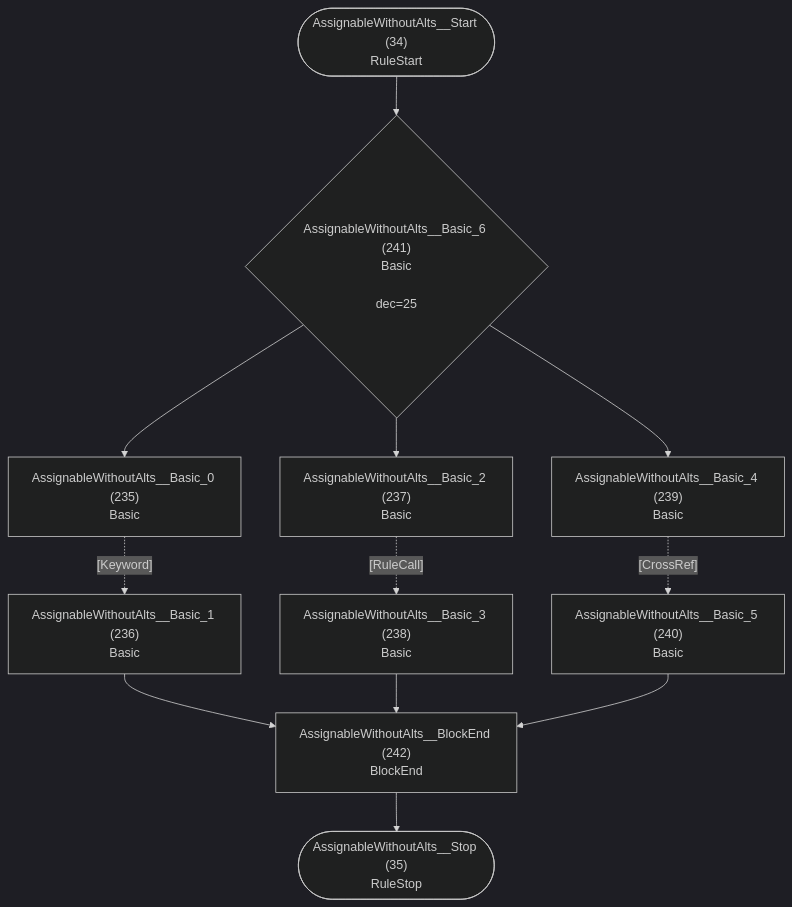
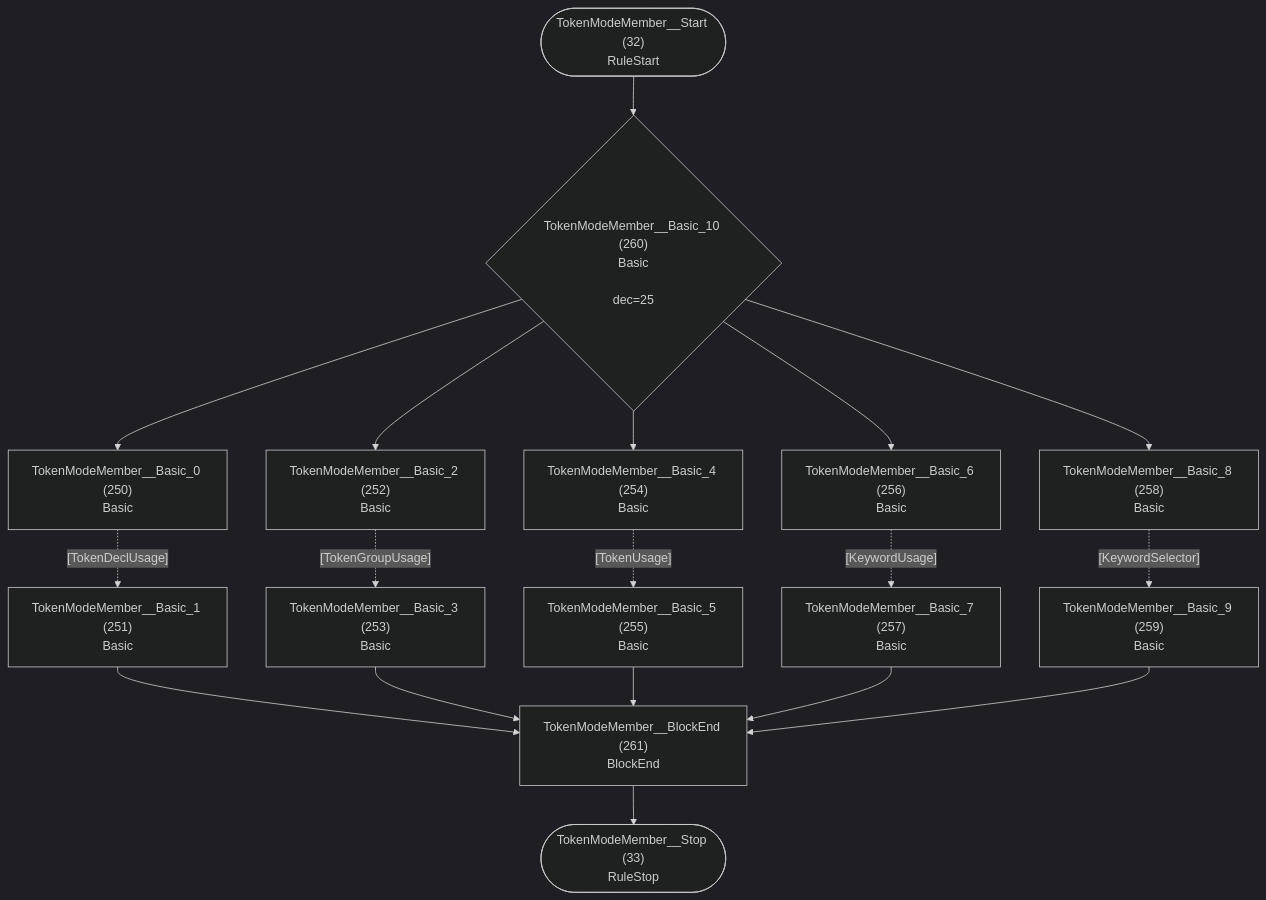
One commit to TypeFox/fastbelt changed diagram 17 of 40 in internal/grammar/atn.md. Above: the diagram before and after it, drawn with Mermaid (dark theme). The commit also changed other lines of this file and 20 other files, not shown here.

````diff
--- a/internal/grammar/atn.md
+++ b/internal/grammar/atn.md
@@ -569,25 +540,35 @@
 ```mermaid
 flowchart TD
-    q34(["AssignableWithoutAlts__Start (34)<br/>RuleStart"])
-    q35(["AssignableWithoutAlts__Stop (35)<br/>RuleStop"])
-    q235["AssignableWithoutAlts__Basic_0 (235)<br/>Basic<br/>"]
-    q236["AssignableWithoutAlts__Basic_1 (236)<br/>Basic<br/>"]
-    q237["AssignableWithoutAlts__Basic_2 (237)<br/>Basic<br/>"]
-    q238["AssignableWithoutAlts__Basic_3 (238)<br/>Basic<br/>"]
-    q239["AssignableWithoutAlts__Basic_4 (239)<br/>Basic<br/>"]
-    q240["AssignableWithoutAlts__Basic_5 (240)<br/>Basic<br/>"]
-    q241{"AssignableWithoutAlts__Basic_6 (241)<br/>Basic<br/><br/>dec=25"}
-    q242["AssignableWithoutAlts__BlockEnd (242)<br/>BlockEnd<br/>"]
+    q32(["TokenModeMember__Start (32)<br/>RuleStart"])
+    q33(["TokenModeMember__Stop (33)<br/>RuleStop"])
+    q250["TokenModeMember__Basic_0 (250)<br/>Basic<br/>"]
+    q251["TokenModeMember__Basic_1 (251)<br/>Basic<br/>"]
+    q252["TokenModeMember__Basic_2 (252)<br/>Basic<br/>"]
+    q253["TokenModeMember__Basic_3 (253)<br/>Basic<br/>"]
+    q254["TokenModeMember__Basic_4 (254)<br/>Basic<br/>"]
+    q255["TokenModeMember__Basic_5 (255)<br/>Basic<br/>"]
+    q256["TokenModeMember__Basic_6 (256)<br/>Basic<br/>"]
+    q257["TokenModeMember__Basic_7 (257)<br/>Basic<br/>"]
+    q258["TokenModeMember__Basic_8 (258)<br/>Basic<br/>"]
+    q259["TokenModeMember__Basic_9 (259)<br/>Basic<br/>"]
+    q260{"TokenModeMember__Basic_10 (260)<br/>Basic<br/><br/>dec=25"}
+    q261["TokenModeMember__BlockEnd (261)<br/>BlockEnd<br/>"]
 
-    q34 --> q241
-    q235 -.->|"[Keyword]"| q236
-    q236 --> q242
-    q237 -.->|"[RuleCall]"| q238
-    q238 --> q242
-    q239 -.->|"[CrossRef]"| q240
-    q240 --> q242
-    q241 --> q235
-    q241 --> q237
-    q241 --> q239
-    q242 --> q35
+    q32 --> q260
+    q250 -.->|"[TokenDeclUsage]"| q251
+    q251 --> q261
+    q252 -.->|"[TokenGroupUsage]"| q253
+    q253 --> q261
+    q254 -.->|"[TokenUsage]"| q255
+    q255 --> q261
+    q256 -.->|"[KeywordUsage]"| q257
+    q257 --> q261
+    q258 -.->|"[KeywordSelector]"| q259
+    q259 --> q261
+    q260 --> q250
+    q260 --> q252
+    q260 --> q254
+    q260 --> q256
+    q260 --> q258
+    q261 --> q33
 ```
````
